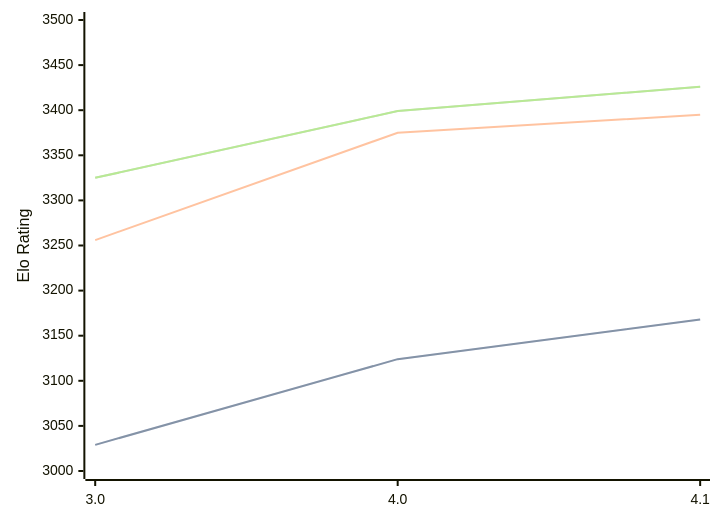
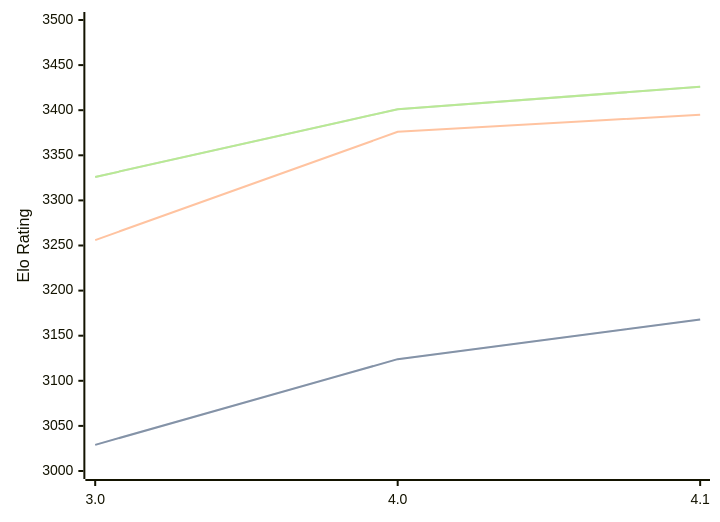
Before and after one commit to computer-chess-index/cci: the diagram in engines/Eleanor.md, drawn with Mermaid. The commit also changed other lines of this file, not shown here.

Commit message:
Update CCI Ratings (ELO VLTC) - 2026-09-08

````diff
--- a/engines/Eleanor.md
+++ b/engines/Eleanor.md
@@ -33,11 +33,11 @@
 ```mermaid
 %%{init: {"theme":"base","themeVariables":{"seriesColors:['#a3a3a3','#222221','#faa371']}}}%%
 xychart-beta
   x-axis ["3.0", "4.0", "4.1"]
   y-axis "Elo Rating" 3000 --> 3500
   line "" [3029, 3124, 3168]
   line "STC (8.0+0.08s)" [3029, 3124, 3168]
-  line "LTC (60.0+0.60s)" [3256, 3375, 3395]
-  line "" [3325, 3399, 3426]
-  line "VLTC (2m24s+1.12s)" [3325, 3399, 3426]
+  line "LTC (60.0+0.60s)" [3256, 3376, 3395]
+  line "" [3326, 3401, 3426]
+  line "VLTC (2m24s+1.12s)" [3326, 3401, 3426]
 ```
````
